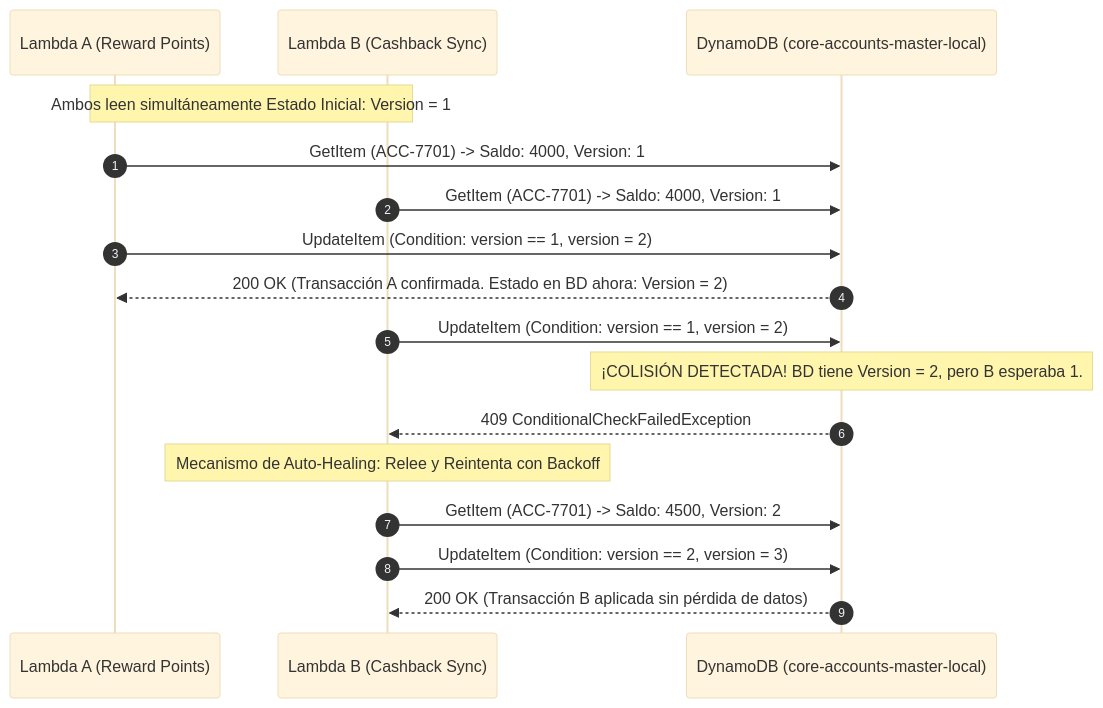
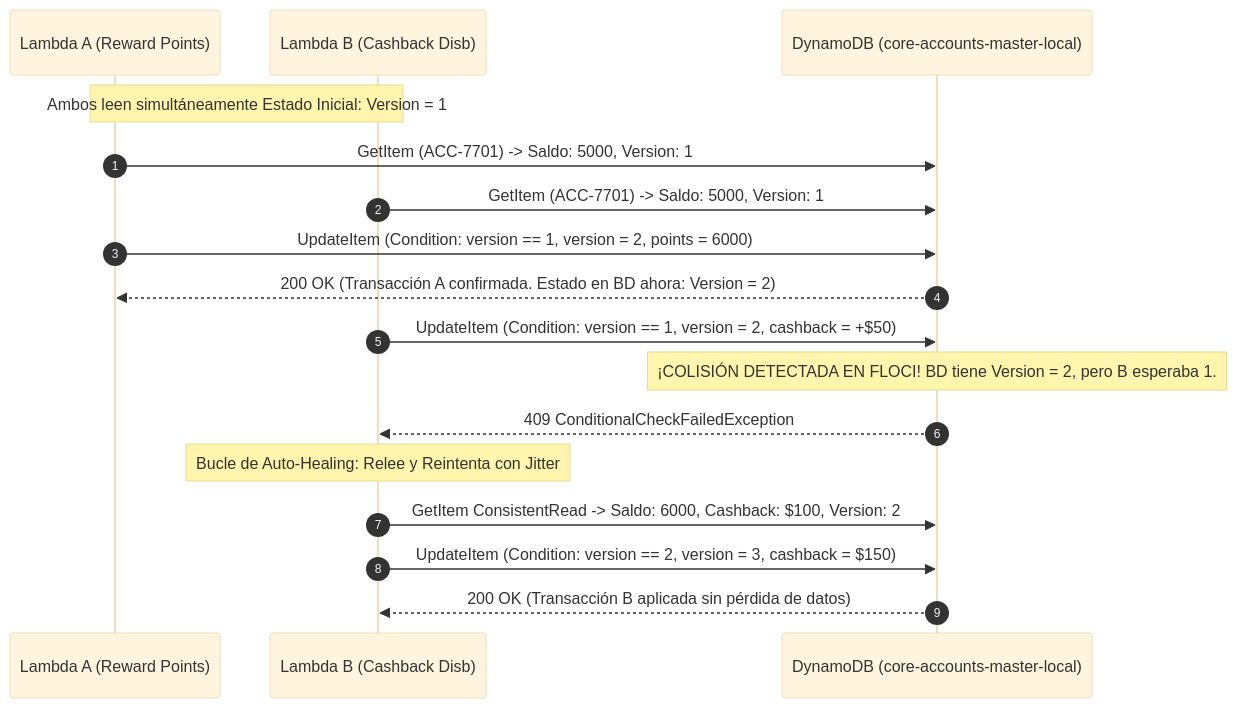
The third of 3 diagrams in packages/aws-flossy-icepanel-lab/docs/specs/ENTERPRISE-API-CONTRACTS-AND-COLLISION-FRAMEWORK.md (trautslab/TrautsLab-OS), drawn with Mermaid (base theme) before and after one commit. The commit also changed other lines of this file and 7 other files, not shown here.

Commit message:
feat(flossy-lab): Phase 4 - Shared DynamoDB table collision demonstration and OCC auto-healing

````diff
--- a/packages/aws-flossy-icepanel-lab/docs/specs/ENTERPRISE-API-CONTRACTS-AND-COLLISION-FRAMEWORK.md
+++ b/packages/aws-flossy-icepanel-lab/docs/specs/ENTERPRISE-API-CONTRACTS-AND-COLLISION-FRAMEWORK.md
@@ -101,23 +114,23 @@
 ```mermaid
 sequenceDiagram
     autonumber
     participant WorkerA as Lambda A (Reward Points)
-    participant WorkerB as Lambda B (Cashback Sync)
+    participant WorkerB as Lambda B (Cashback Disb)
     participant DDB as DynamoDB (core-accounts-master-local)
 
     Note over WorkerA, WorkerB: Ambos leen simultáneamente Estado Inicial: Version = 1
-    WorkerA->>DDB: GetItem (ACC-7701) -> Saldo: 4000, Version: 1
-    WorkerB->>DDB: GetItem (ACC-7701) -> Saldo: 4000, Version: 1
+    WorkerA->>DDB: GetItem (ACC-7701) -> Saldo: 5000, Version: 1
+    WorkerB->>DDB: GetItem (ACC-7701) -> Saldo: 5000, Version: 1
 
-    WorkerA->>DDB: UpdateItem (Condition: version == 1, version = 2)
+    WorkerA->>DDB: UpdateItem (Condition: version == 1, version = 2, points = 6000)
     DDB-->>WorkerA: 200 OK (Transacción A confirmada. Estado en BD ahora: Version = 2)
 
-    WorkerB->>DDB: UpdateItem (Condition: version == 1, version = 2)
-    Note over DDB: ¡COLISIÓN DETECTADA! BD tiene Version = 2, pero B esperaba 1.
+    WorkerB->>DDB: UpdateItem (Condition: version == 1, version = 2, cashback = +$50)
+    Note over DDB: ¡COLISIÓN DETECTADA EN FLOCI! BD tiene Version = 2, pero B esperaba 1.
     DDB-->>WorkerB: 409 ConditionalCheckFailedException
 
-    Note over WorkerB: Mecanismo de Auto-Healing: Relee y Reintenta con Backoff
-    WorkerB->>DDB: GetItem (ACC-7701) -> Saldo: 4500, Version: 2
-    WorkerB->>DDB: UpdateItem (Condition: version == 2, version = 3)
+    Note over WorkerB: Bucle de Auto-Healing: Relee y Reintenta con Jitter
+    WorkerB->>DDB: GetItem ConsistentRead -> Saldo: 6000, Cashback: $100, Version: 2
+    WorkerB->>DDB: UpdateItem (Condition: version == 2, version = 3, cashback = $150)
     DDB-->>WorkerB: 200 OK (Transacción B aplicada sin pérdida de datos)
 ```
````
